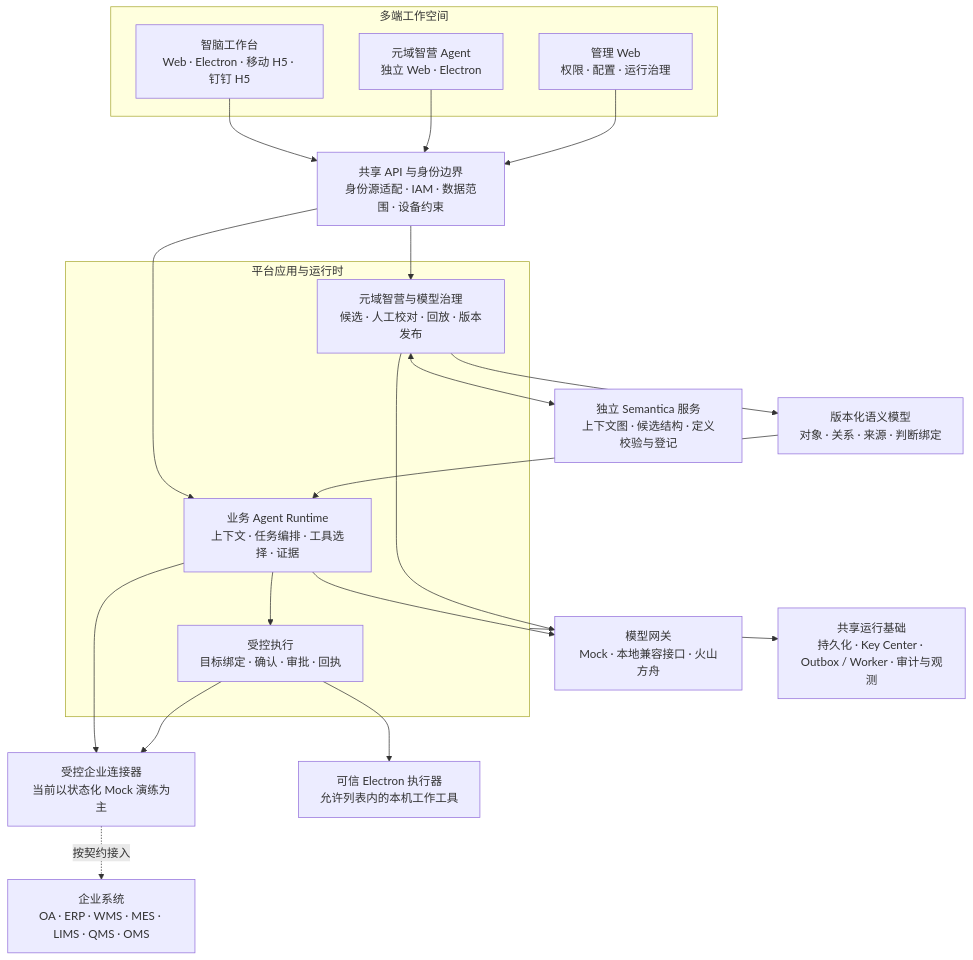
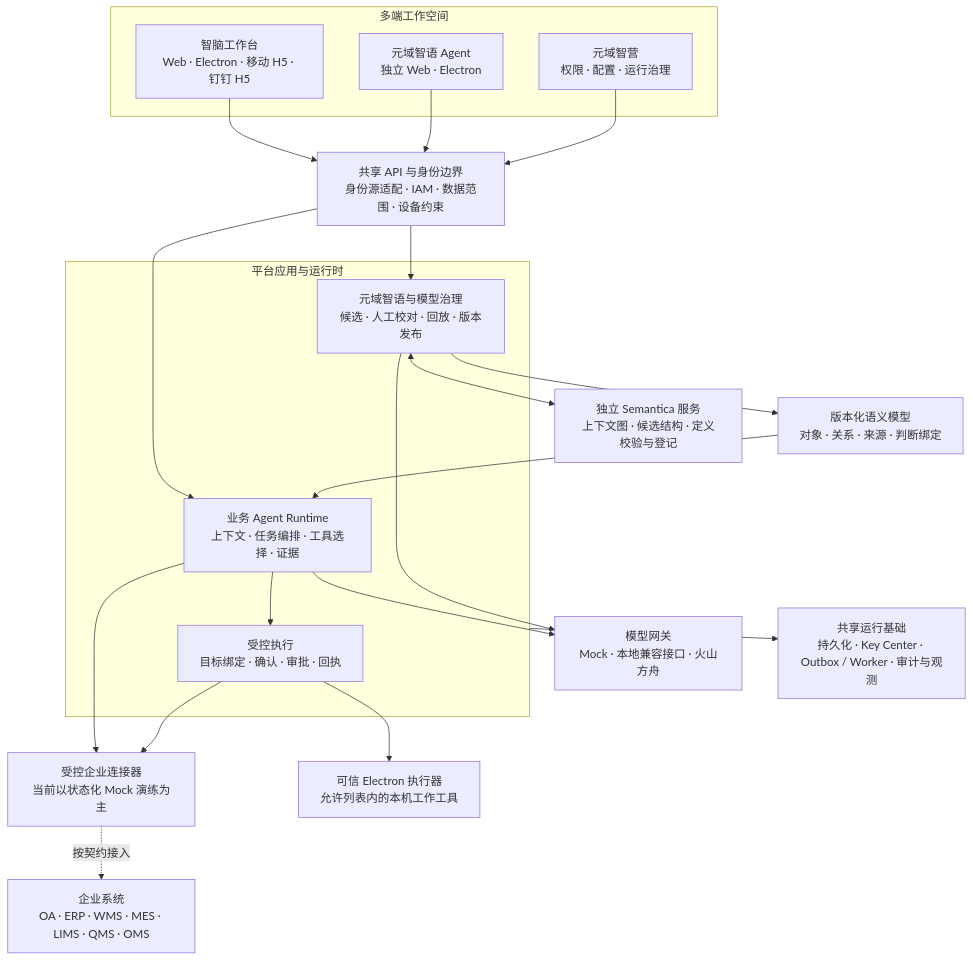
Before and after one commit to shulinw27-web/yuanyu-zhinao: the diagram in README.md, drawn with Mermaid. The commit also changed other lines of this file and 145 other files, not shown here.

````diff
--- a/README.md
+++ b/README.md
@@ -145,30 +145,30 @@
 ```mermaid
 flowchart TB
     subgraph clients["多端工作空间"]
         business["智脑工作台<br/>Web · Electron · 移动 H5 · 钉钉 H5"]
-        semantic["元域智营 Agent<br/>独立 Web · Electron"]
-        admin["管理 Web<br/>权限 · 配置 · 运行治理"]
+        semantic["元域智语 Agent<br/>独立 Web · Electron"]
+        admin["元域智营<br/>权限 · 配置 · 运行治理"]
     end
     gateway["共享 API 与身份边界<br/>身份源适配 · IAM · 数据范围 · 设备约束"]
     business --> gateway
     semantic --> gateway
     admin --> gateway
     subgraph platform["平台应用与运行时"]
         runtime["业务 Agent Runtime<br/>上下文 · 任务编排 · 工具选择 · 证据"]
-        authoring["元域智营与模型治理<br/>候选 · 人工校对 · 回放 · 版本发布"]
+        authoring["元域智语与模型治理<br/>候选 · 人工校对 · 回放 · 版本发布"]
         execution["受控执行<br/>目标绑定 · 确认 · 审批 · 回执"]
     end
     gateway --> runtime
     gateway --> authoring
     runtime --> execution
     authoring --> contracts["版本化语义模型<br/>对象 · 关系 · 来源 · 判断绑定"]
     contracts --> runtime
     authoring <--> semantica["独立 Semantica 服务<br/>上下文图 · 候选结构 · 定义校验与登记"]
     runtime --> model["模型网关<br/>Mock · 本地兼容接口 · 火山方舟"]
     authoring --> model
     runtime --> connectors["受控企业连接器<br/>当前以状态化 Mock 演练为主"]
     execution --> connectors
     connectors -. "按契约接入" .-> enterprise["企业系统<br/>OA · ERP · WMS · MES · LIMS · QMS · OMS"]
     execution --> desktop["可信 Electron 执行器<br/>允许列表内的本机工作工具"]
     platform --> foundation["共享运行基础<br/>持久化 · Key Center · Outbox / Worker · 审计与观测"]
 ```
````
